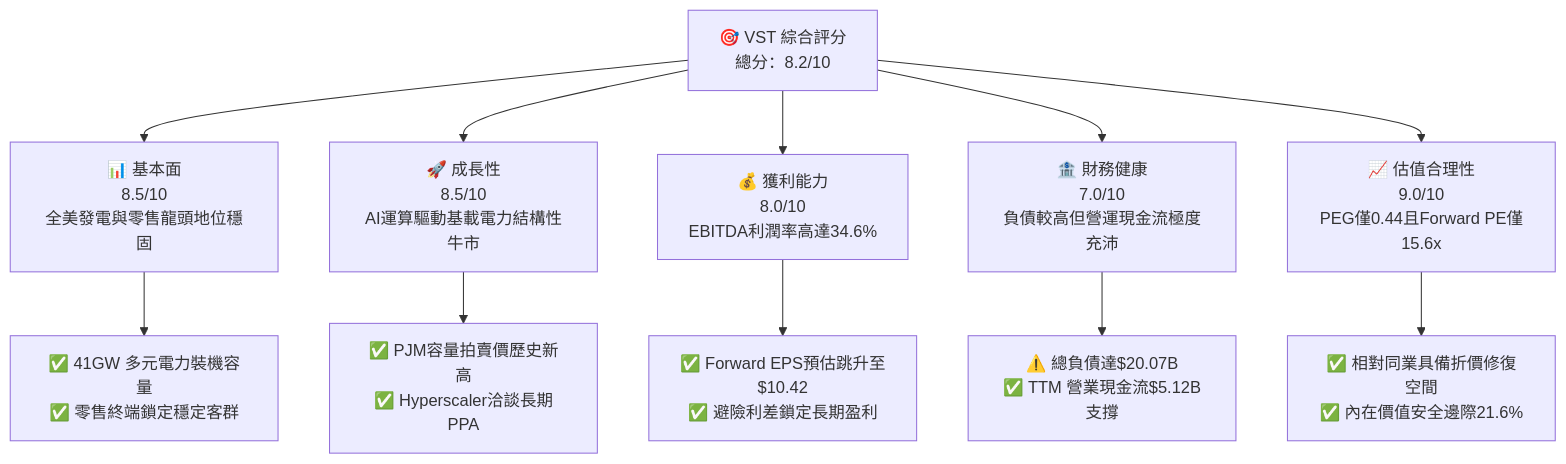
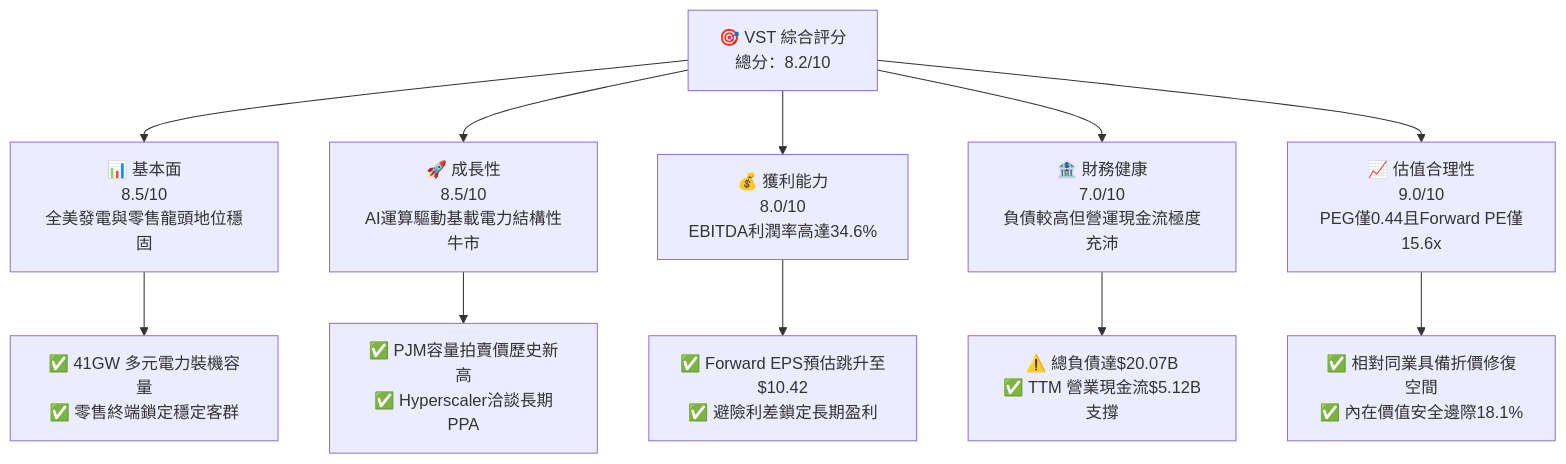
The first of 15 diagrams in ai_gen_report/fundamental/vst/fundamental_analysis_2026-10-13_gemini-2.md (yennanliu/finance_data), drawn with Mermaid before and after one commit. The commit also changed other lines of this file and 339 other files, not shown here.

````diff
--- a/ai_gen_report/fundamental/vst/fundamental_analysis_2026-10-13_gemini-2.md
+++ b/ai_gen_report/fundamental/vst/fundamental_analysis_2026-10-13_gemini-2.md
@@ -58,22 +65,22 @@
 ```mermaid
 graph TD
     VST["🎯 VST 綜合評分<br/>總分：8.2/10"]
 
     F["📊 基本面<br/>8.5/10<br/>全美發電與零售龍頭地位穩固"]
     G["🚀 成長性<br/>8.5/10<br/>AI運算驅動基載電力結構性牛市"]
     P["💰 獲利能力<br/>8.0/10<br/>EBITDA利潤率高達34.6%"]
     B["🏦 財務健康<br/>7.0/10<br/>負債較高但營運現金流極度充沛"]
     V["📈 估值合理性<br/>9.0/10<br/>PEG僅0.44且Forward PE僅15.6x"]
 
     VST --> F
     VST --> G
     VST --> P
     VST --> B
     VST --> V
 
     F --> F1["✅ 41GW 多元電力裝機容量<br/>✅ 零售終端鎖定穩定客群"]
     G --> G1["✅ PJM容量拍賣價歷史新高<br/>✅ Hyperscaler洽談長期PPA"]
     P --> P1["✅ Forward EPS預估跳升至$10.42<br/>✅ 避險利差鎖定長期盈利"]
     B --> B1["⚠️ 總負債達$20.07B<br/>✅ TTM 營業現金流$5.12B支撐"]
-    V --> V1["✅ 相對同業具備折價修復空間<br/>✅ 內在價值安全邊際21.6%"]
+    V --> V1["✅ 相對同業具備折價修復空間<br/>✅ 內在價值安全邊際18.1%"]
 ```
````
